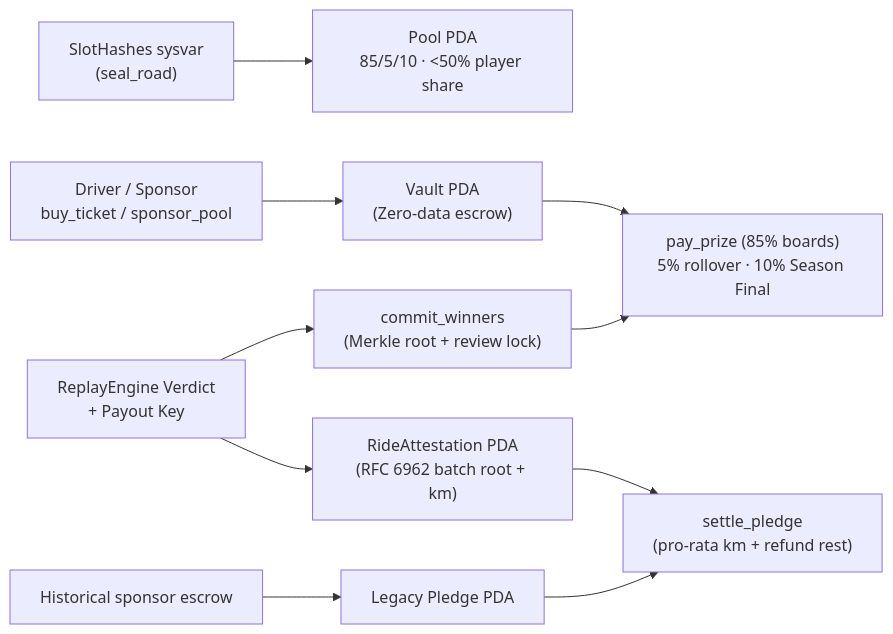
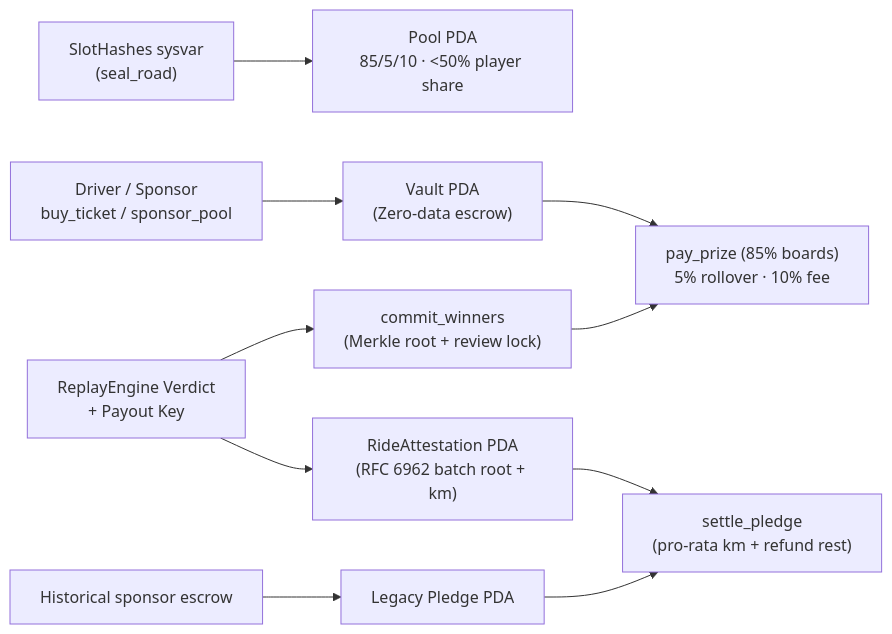
Before and after one commit to recferret-bit/freightchain: the first of 2 diagrams in README.md, drawn with Mermaid. The commit also changed other lines of this file and 25 other files, not shown here.

````diff
--- a/README.md
+++ b/README.md
@@ -145,12 +143,12 @@
 ```mermaid
 flowchart LR
   slot["SlotHashes sysvar<br/>(seal_road)"] --> pool["Pool PDA<br/>85/5/10 · <50% player share"]
   buyer["Driver / Sponsor<br/>buy_ticket / sponsor_pool"] --> vault["Vault PDA<br/>(Zero-data escrow)"]
   pledger["Historical sponsor escrow"] --> pledge["Legacy Pledge PDA"]
   server["ReplayEngine Verdict<br/>+ Payout Key"] --> root["commit_winners<br/>(Merkle root + review lock)"]
   server --> attest["RideAttestation PDA<br/>(RFC 6962 batch root + km)"]
-  vault --> prize["pay_prize (85% boards)<br/>5% rollover · 10% Season Final"]
+  vault --> prize["pay_prize (85% boards)<br/>5% rollover · 10% fee"]
   root --> prize
   attest --> settle["settle_pledge<br/>(pro-rata km + refund rest)"]
   pledge --> settle
 ```
````
